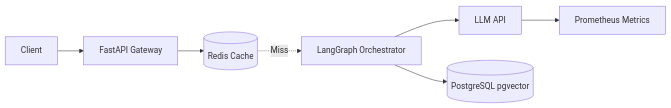
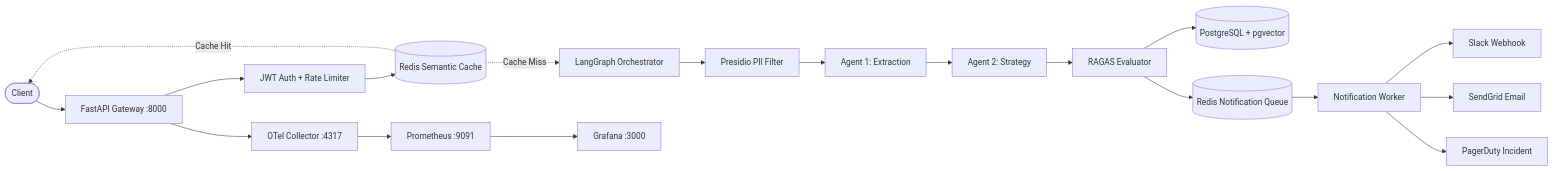
Before and after one commit to ruthvikgoud16/Nimblize-demo: the second of 8 diagrams in docs/Nimblize_Future_Implementation_Roadmap.md, drawn with Mermaid. The commit also changed other lines of this file and 1 other file, not shown here.

Commit message:
Regenerate deep 29-page future implementation roadmap report

````diff
--- a/docs/Nimblize_Future_Implementation_Roadmap.md
+++ b/docs/Nimblize_Future_Implementation_Roadmap.md
@@ -114,9 +188,21 @@
 ```mermaid
 graph LR
-    Client --> API[FastAPI Gateway]
-    API --> Redis[(Redis Cache)]
-    Redis -. Miss .-> Orchestrator[LangGraph Orchestrator]
-    Orchestrator --> LLM[LLM API]
-    Orchestrator --> DB[(PostgreSQL pgvector)]
-    LLM --> Telemetry[Prometheus Metrics]
+    Client([Client]) --> API[FastAPI Gateway :8000]
+    API --> Auth[JWT Auth + Rate Limiter]
+    Auth --> Cache[(Redis Semantic Cache)]
+    Cache -. Cache Hit .-> Client
+    Cache -. Cache Miss .-> Orchestrator[LangGraph Orchestrator]
+    Orchestrator --> PII[Presidio PII Filter]
+    PII --> A1[Agent 1: Extraction]
+    A1 --> A2[Agent 2: Strategy]
+    A2 --> RAGAS[RAGAS Evaluator]
+    RAGAS --> DB[(PostgreSQL + pgvector)]
+    RAGAS --> Queue[(Redis Notification Queue)]
+    Queue --> Worker[Notification Worker]
+    Worker --> Slack[Slack Webhook]
+    Worker --> Email[SendGrid Email]
+    Worker --> PD[PagerDuty Incident]
+    API --> Telemetry[OTel Collector :4317]
+    Telemetry --> Prom[Prometheus :9091]
+    Prom --> Grafana[Grafana :3000]
 ```
````
